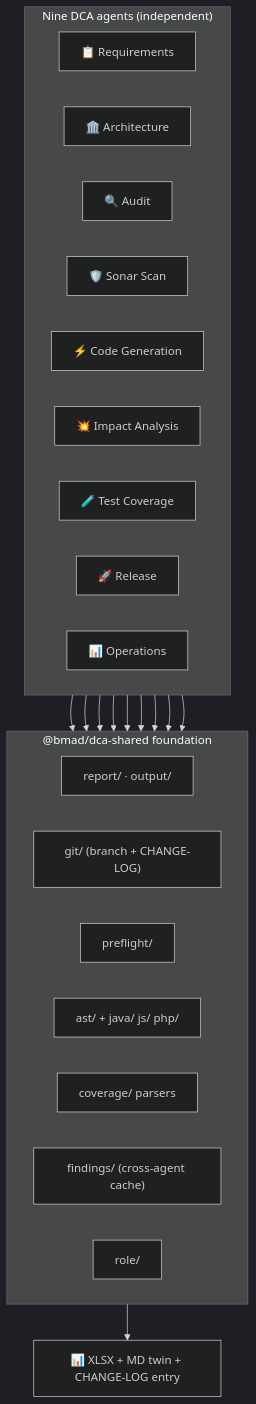
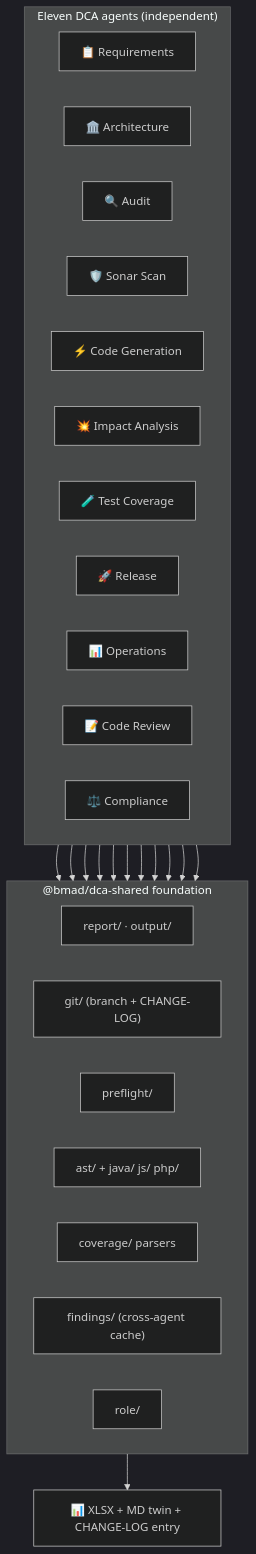
One commit to mayur434/bmad-dept-coding-agents changed the diagram in website/docs/concepts/the-agents.md. Above: the diagram before and after it, drawn with Mermaid (dark theme). The commit also changed other lines of this file and 103 other files, not shown here.

````diff
--- a/website/docs/concepts/the-agents.md
+++ b/website/docs/concepts/the-agents.md
@@ -44,38 +48,42 @@
 ```mermaid
 flowchart TD
-    subgraph Agents ["Nine DCA agents (independent)"]
+    subgraph Agents ["Eleven DCA agents (independent)"]
         direction LR
         Req["📋 Requirements"]
         Arch["🏛️ Architecture"]
         Audit["🔍 Audit"]
         Sonar["🛡️ Sonar Scan"]
         Gen["⚡ Code Generation"]
         Impact["💥 Impact Analysis"]
         Cov["🧪 Test Coverage"]
         Release["🚀 Release"]
         Ops["📊 Operations"]
+        CodeReview["📝 Code Review"]
+        Compliance["⚖️ Compliance"]
     end
 
     subgraph Shared ["@bmad/dca-shared foundation"]
         direction LR
         Report["report/ · output/"]
         Git["git/ (branch + CHANGE-LOG)"]
         Preflight["preflight/"]
         AST["ast/ + java/ js/ php/"]
         Coverage["coverage/ parsers"]
         Cache["findings/ (cross-agent cache)"]
         Role["role/"]
     end
 
     Req --> Shared
     Arch --> Shared
     Audit --> Shared
     Sonar --> Shared
     Gen --> Shared
     Impact --> Shared
     Cov --> Shared
     Release --> Shared
     Ops --> Shared
+    CodeReview --> Shared
+    Compliance --> Shared
 
     Shared --> Outputs["📊 XLSX + MD twin + CHANGE-LOG entry"]
 ```
````
